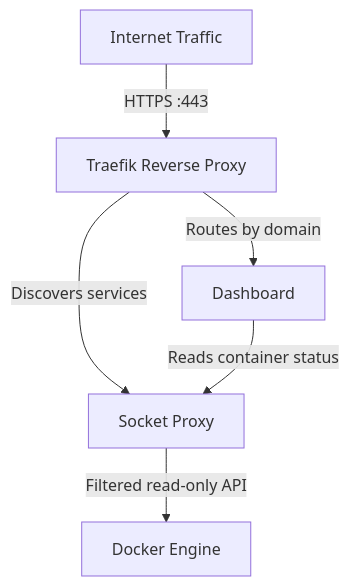
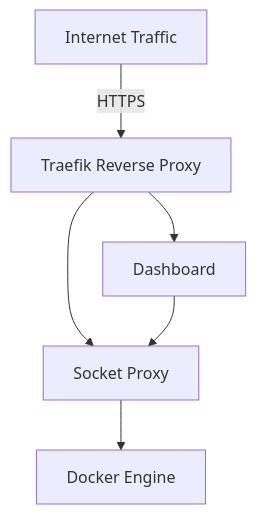
One commit to peermesh/docker-lab-docs changed the diagram in docs/quick-start.md. Above: the diagram before and after it, drawn with Mermaid. The commit also changed 13 other files, not shown here.

First line of the commit message:
fix: improve diagram legibility and icon rendering

````diff
--- a/docs/quick-start.md
+++ b/docs/quick-start.md
@@ -188,14 +188,14 @@
 ```mermaid
 flowchart TB
     Internet["Internet Traffic"]
     Traefik["Traefik Reverse Proxy"]
     SocketProxy["Socket Proxy"]
     Docker["Docker Engine"]
     Dashboard["Dashboard"]
 
-    Internet -->|"HTTPS :443"| Traefik
-    Traefik -->|"Routes by domain"| Dashboard
-    Traefik -->|"Discovers services"| SocketProxy
-    SocketProxy -->|"Filtered read-only API"| Docker
-    Dashboard -->|"Reads container status"| SocketProxy
+    Internet -->|"HTTPS"| Traefik
+    Traefik --> Dashboard
+    Traefik --> SocketProxy
+    SocketProxy --> Docker
+    Dashboard --> SocketProxy
 ```
````
